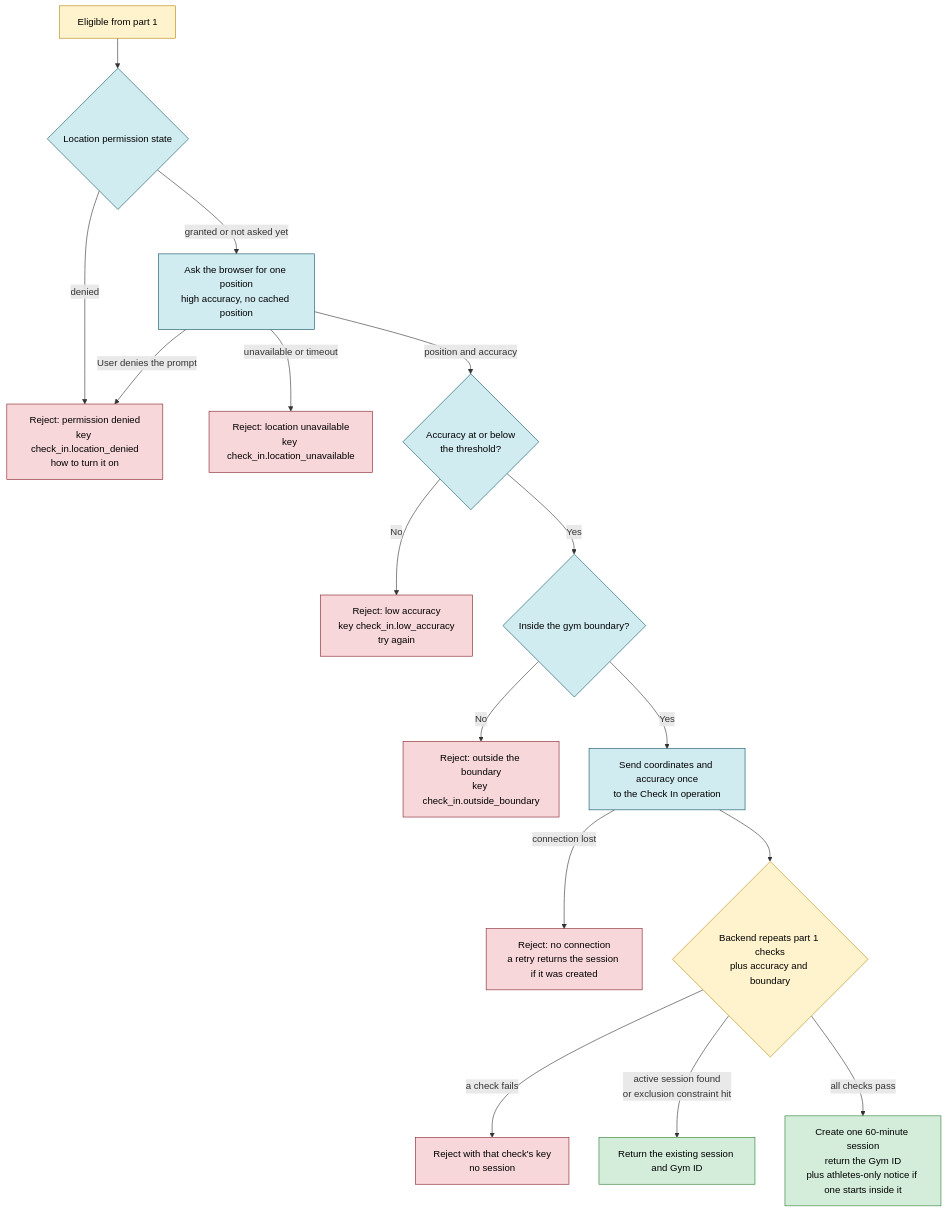
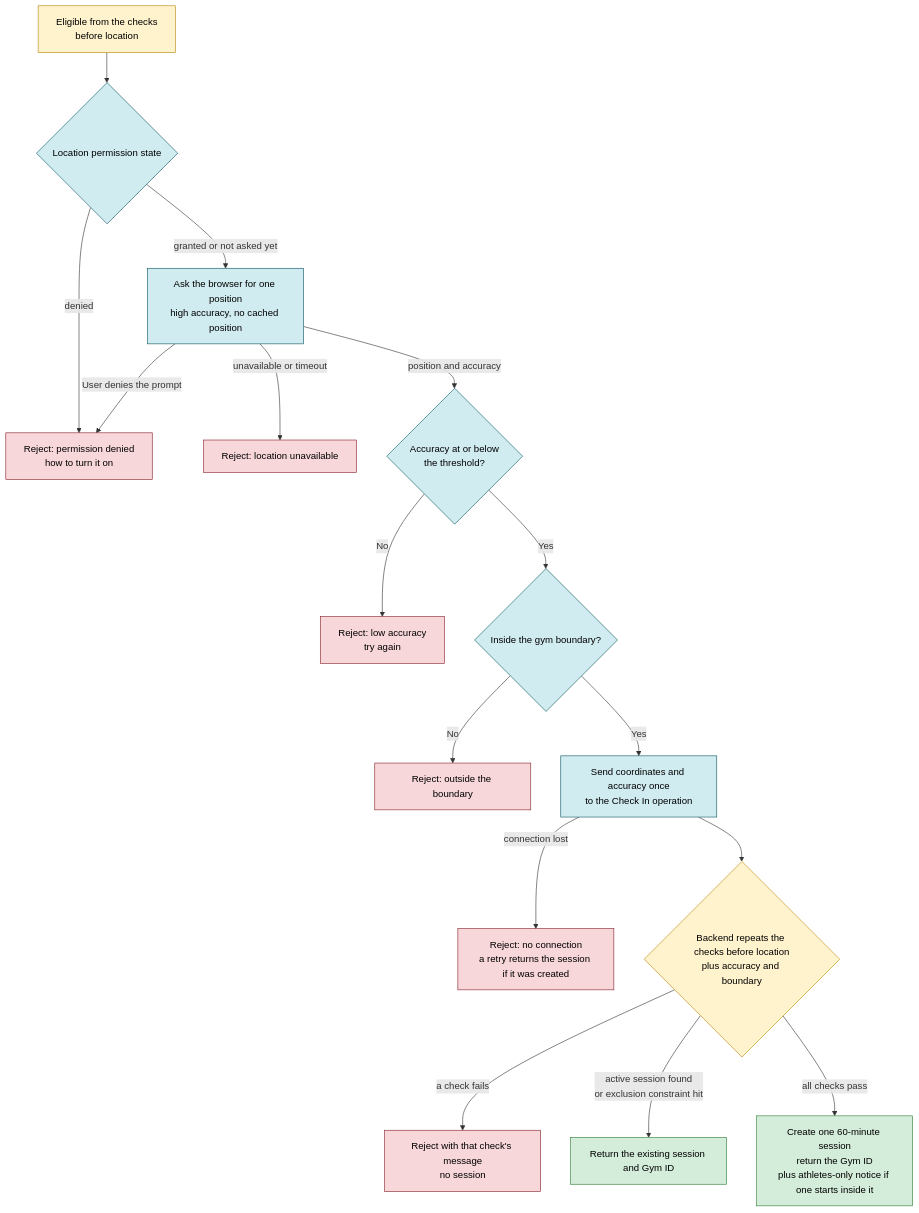
Before and after one commit to Th3-Minorities/natatorio-gym-app: the second of 10 diagrams in docs/design/check-in-flows.md, drawn with Mermaid. The commit also changed other lines of this file, not shown here.

Commit message:
Let Staff check the roster during Check In verification

````diff
--- a/docs/design/check-in-flows.md
+++ b/docs/design/check-in-flows.md
@@ -43,27 +49,27 @@
 ```mermaid
 flowchart TD
-  L["Eligible from part 1"] --> P{"Location permission state"}
-  P -- "denied" --> R6["Reject: permission denied<br/>key check_in.location_denied<br/>how to turn it on"]
+  L["Eligible from the checks<br/>before location"] --> P{"Location permission state"}
+  P -- "denied" --> R6["Reject: permission denied<br/>how to turn it on"]
   P -- "granted or not asked yet" --> Q["Ask the browser for one position<br/>high accuracy, no cached position"]
   Q -- "User denies the prompt" --> R6
-  Q -- "unavailable or timeout" --> R7["Reject: location unavailable<br/>key check_in.location_unavailable"]
+  Q -- "unavailable or timeout" --> R7["Reject: location unavailable"]
   Q -- "position and accuracy" --> AC{"Accuracy at or below<br/>the threshold?"}
-  AC -- "No" --> R8["Reject: low accuracy<br/>key check_in.low_accuracy<br/>try again"]
+  AC -- "No" --> R8["Reject: low accuracy<br/>try again"]
   AC -- "Yes" --> BD{"Inside the gym boundary?"}
-  BD -- "No" --> R9["Reject: outside the boundary<br/>key check_in.outside_boundary"]
+  BD -- "No" --> R9["Reject: outside the boundary"]
   BD -- "Yes" --> POST["Send coordinates and accuracy once<br/>to the Check In operation"]
   POST -- "connection lost" --> R1["Reject: no connection<br/>a retry returns the session if it was created"]
-  POST --> RE{"Backend repeats part 1 checks<br/>plus accuracy and boundary"}
-  RE -- "a check fails" --> RX["Reject with that check's key<br/>no session"]
+  POST --> RE{"Backend repeats the checks before location<br/>plus accuracy and boundary"}
+  RE -- "a check fails" --> RX["Reject with that check's message<br/>no session"]
   RE -- "active session found<br/>or exclusion constraint hit" --> S0["Return the existing session and Gym ID"]
   RE -- "all checks pass" --> OK["Create one 60-minute session<br/>return the Gym ID<br/>plus athletes-only notice if one starts inside it"]
 
   classDef client fill:#d1ecf1,stroke:#0c5460,color:#000
   classDef back fill:#fff3cd,stroke:#b8860b,color:#000
   classDef reject fill:#f8d7da,stroke:#842029,color:#000
   classDef ok fill:#d4edda,stroke:#2e7d32,color:#000
   class P,Q,AC,BD,POST client
   class L,RE back
   class R1,R6,R7,R8,R9,RX reject
   class S0,OK ok
 ```
````
